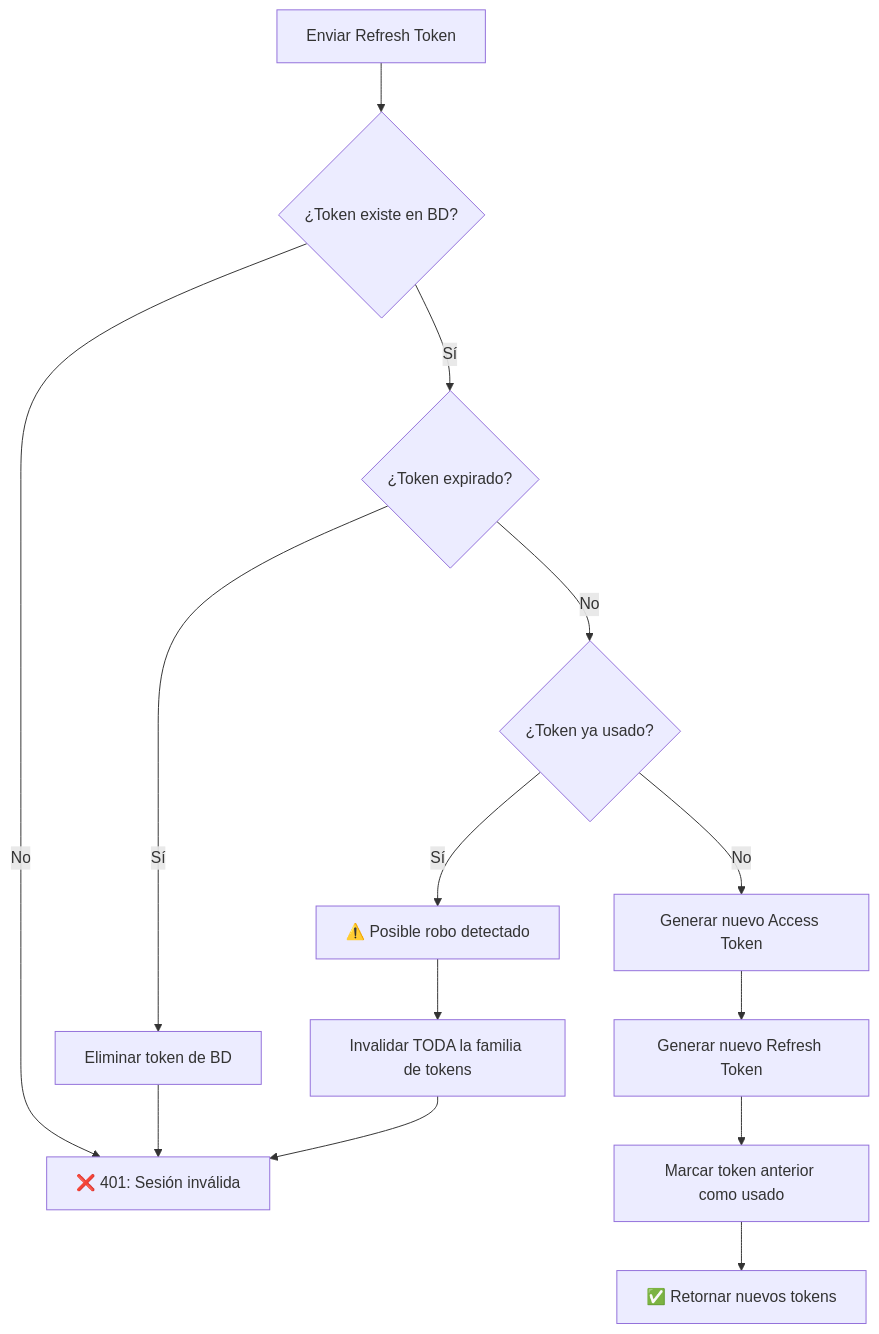
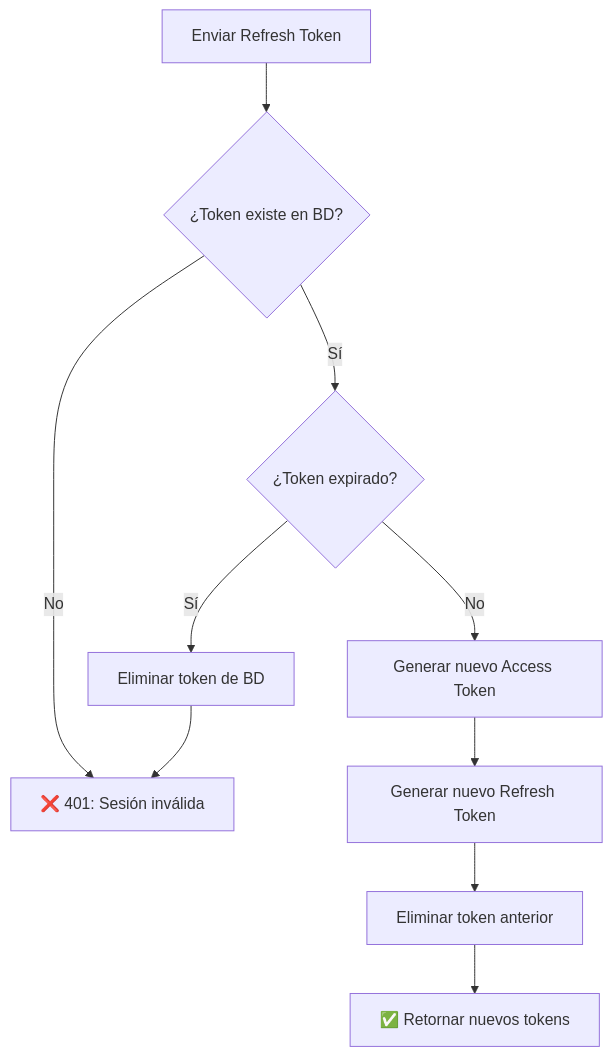
The third of 4 diagrams in docs/flujos/01-autenticacion.md (msaavedra1985/EC.DATA-API-V2), drawn with Mermaid before and after one commit. The commit also changed other lines of this file and 2 other files, not shown here.

Commit message:
Update documentation to reflect current implementation details
Refines documentation for authentication, resource hierarchy, and API key usage, correcting discrepancies with the actual implementation and removing redundant information.

Replit-Commit-Author: Agent
Replit-Commit-Session-Id: 889f4eef-0913-4337-b85b-28b2f880842c
Replit-Commit-Checkpoint-Type: intermediate_checkpoint
Replit-Commit-Event-Id: 0ef61cab-2b72-4810-a569-4176b6b90367
Replit-Commit-Screenshot-Url: https://storage.googleapis.com/screenshot-production-us-central1/357d3ab0-655b-4077-8dfc-8770bfb49497/889f4eef-0913-4337-b85b-28b2f880842c/Lz0PQQ8

````diff
--- a/docs/flujos/01-autenticacion.md
+++ b/docs/flujos/01-autenticacion.md
@@ -154,16 +154,12 @@
 ```mermaid
 flowchart TD
     A[Enviar Refresh Token] --> B{¿Token existe en BD?}
     B -->|No| C[❌ 401: Sesión inválida]
     B -->|Sí| D{¿Token expirado?}
     D -->|Sí| E[Eliminar token de BD]
     E --> C
-    D -->|No| F{¿Token ya usado?}
-    F -->|Sí| G[⚠️ Posible robo detectado]
-    G --> H[Invalidar TODA la familia de tokens]
-    H --> C
-    F -->|No| I[Generar nuevo Access Token]
-    I --> J[Generar nuevo Refresh Token]
-    J --> K[Marcar token anterior como usado]
-    K --> L[✅ Retornar nuevos tokens]
+    D -->|No| F[Generar nuevo Access Token]
+    F --> G[Generar nuevo Refresh Token]
+    G --> H[Eliminar token anterior]
+    H --> I[✅ Retornar nuevos tokens]
 ```
````
